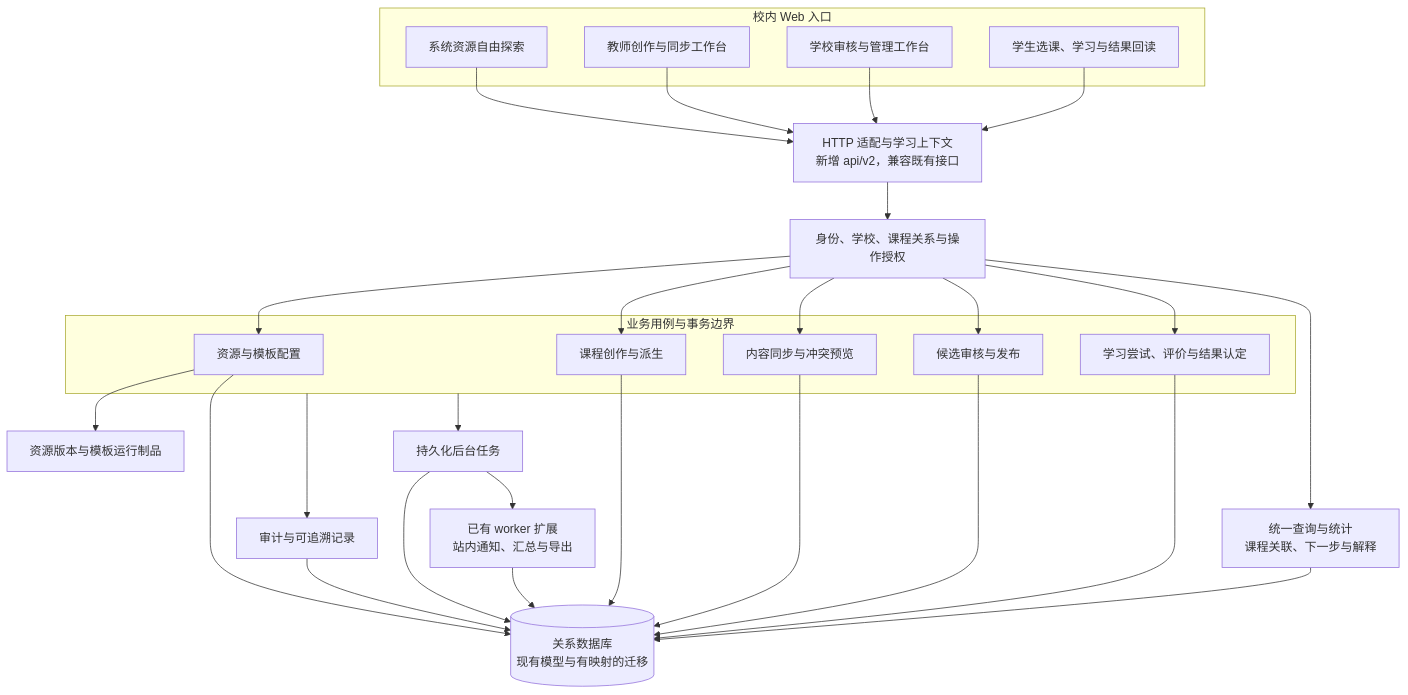
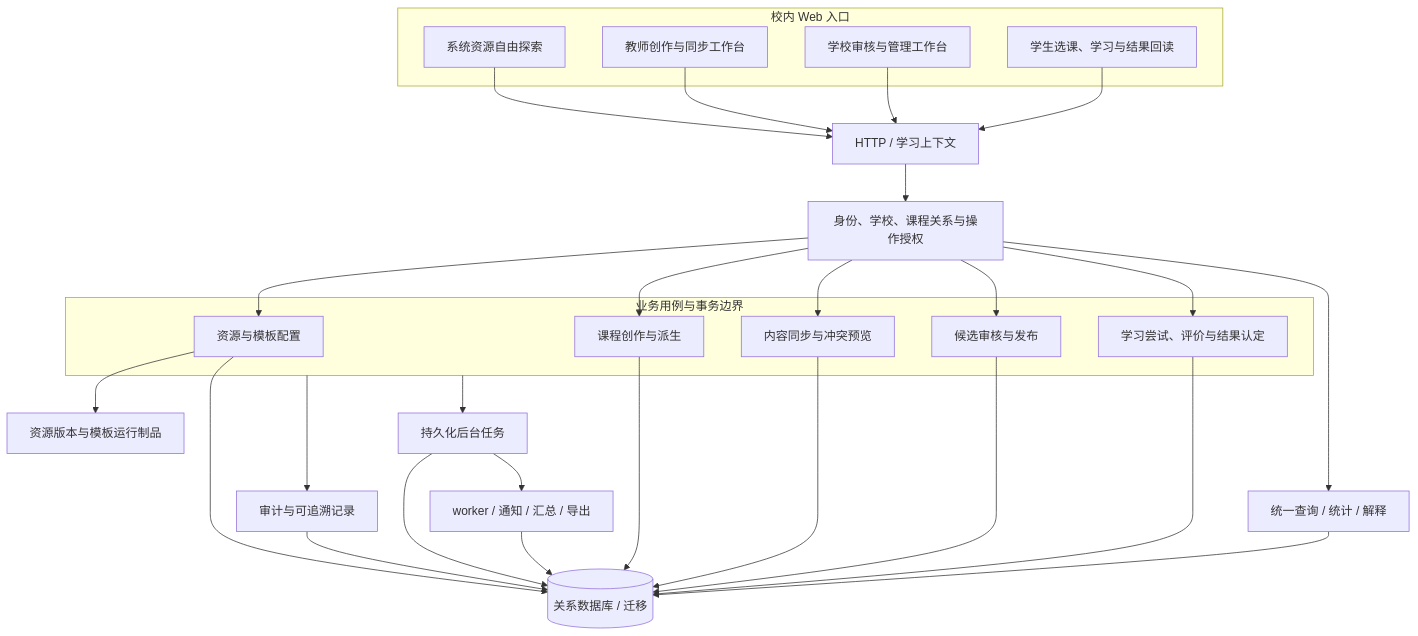
One commit to falling-feather/Astra changed the third of 10 diagrams in doc/01-开发者手册.md. Above: the diagram before and after it, drawn with Mermaid. The commit also changed other lines of this file and 8 other files, not shown here.

````diff
--- a/doc/01-开发者手册.md
+++ b/doc/01-开发者手册.md
@@ -363,48 +401,48 @@
 ```mermaid
 flowchart TB
     subgraph UI["校内 Web 入口"]
         SYS["系统资源自由探索"]
         TEACH["教师创作与同步工作台"]
         ADMIN["学校审核与管理工作台"]
         STUD["学生选课、学习与结果回读"]
     end
-    API["HTTP 适配与学习上下文<br/>新增 api/v2，兼容既有接口"]
+    API["HTTP / 学习上下文"]
     AUTH["身份、学校、课程关系与操作授权"]
     subgraph USECASE["业务用例与事务边界"]
         RESOURCE["资源与模板配置"]
         AUTHOR["课程创作与派生"]
         SYNC["内容同步与冲突预览"]
         REVIEW["候选审核与发布"]
         LEARN["学习尝试、评价与结果认定"]
     end
-    QUERY["统一查询与统计<br/>课程关联、下一步与解释"]
-    DB[("关系数据库<br/>现有模型与有映射的迁移")]
+    QUERY["统一查询 / 统计 / 解释"]
+    DB[("关系数据库 / 迁移")]
     AUDIT["审计与可追溯记录"]
     QUEUE["持久化后台任务"]
-    WORKER["已有 worker 扩展<br/>站内通知、汇总与导出"]
+    WORKER["worker / 通知 / 汇总 / 导出"]
     ASSETS["资源版本与模板运行制品"]
     SYS --> API
     TEACH --> API
     ADMIN --> API
     STUD --> API
     API --> AUTH
     AUTH --> RESOURCE
     AUTH --> AUTHOR
     AUTH --> SYNC
     AUTH --> REVIEW
     AUTH --> LEARN
     AUTH --> QUERY
     RESOURCE --> ASSETS
     RESOURCE --> DB
     AUTHOR --> DB
     SYNC --> DB
     REVIEW --> DB
     LEARN --> DB
     QUERY --> DB
     USECASE --> AUDIT
     AUDIT --> DB
     USECASE --> QUEUE
     QUEUE --> DB
     QUEUE --> WORKER
     WORKER --> DB
 ```
````
